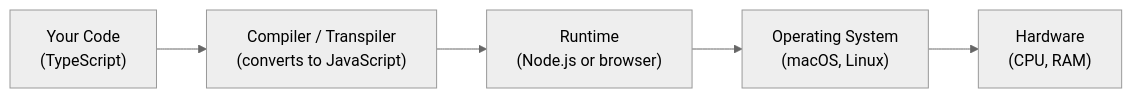
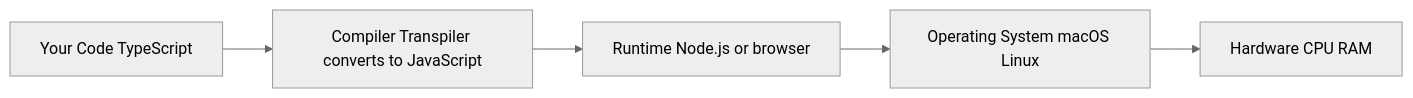
Before and after one commit to wongjinar-ai/expample: the second of 6 diagrams in learning/03-general-software-development.md, drawn with Mermaid (neutral theme). The commit also changed other lines of this file and 16 other files, not shown here.

````diff
--- a/learning/03-general-software-development.md
+++ b/learning/03-general-software-development.md
@@ -28,10 +28,10 @@
 ```mermaid
-graph LR
-    Code["Your Code\n(TypeScript)"]
-    Compiler["Compiler / Transpiler\n(converts to JavaScript)"]
-    Runtime["Runtime\n(Node.js or browser)"]
-    OS["Operating System\n(macOS, Linux)"]
-    Hardware["Hardware\n(CPU, RAM)"]
+flowchart LR
+    Code[Your Code TypeScript]
+    Compiler[Compiler Transpiler converts to JavaScript]
+    Runtime[Runtime Node.js or browser]
+    OS[Operating System macOS Linux]
+    Hardware[Hardware CPU RAM]
 
     Code --> Compiler --> Runtime --> OS --> Hardware
 ```
````
